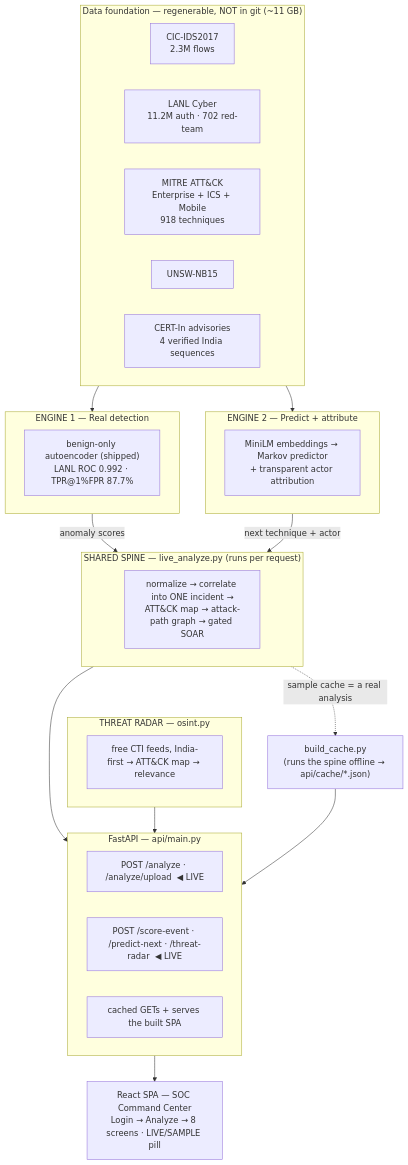
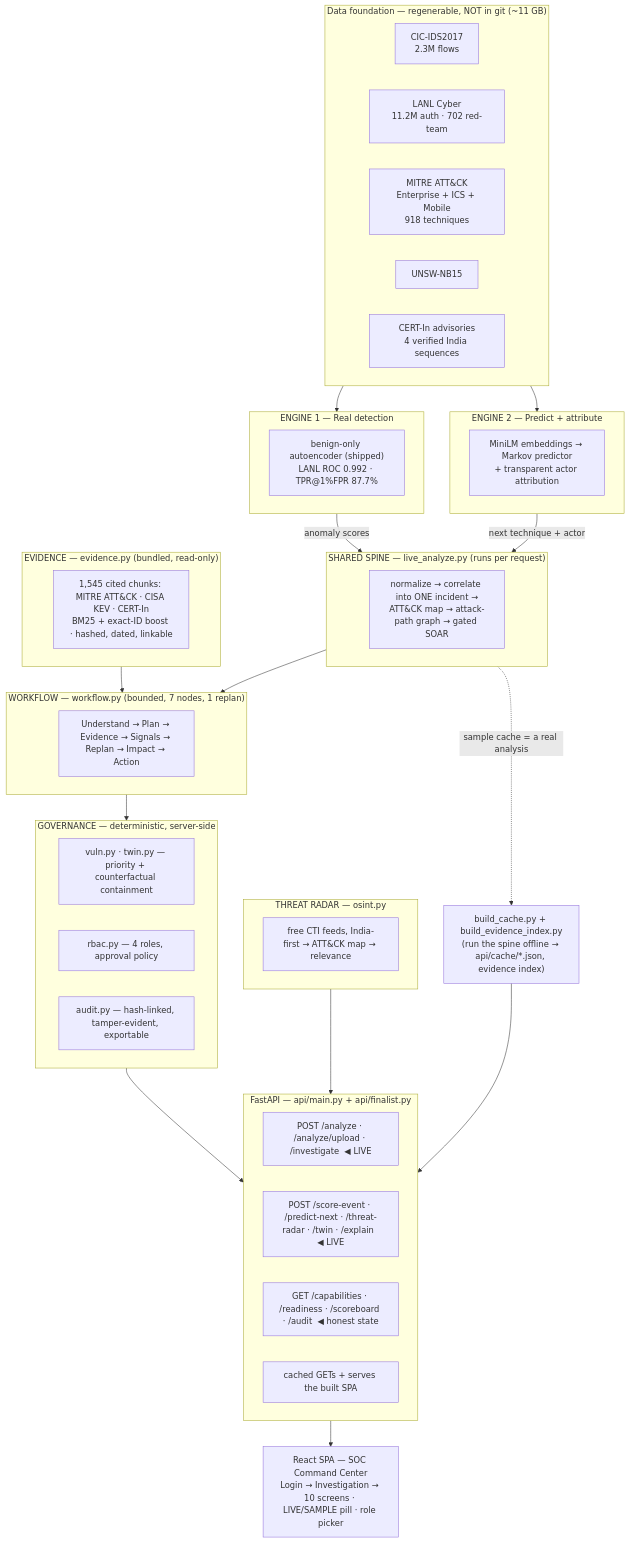
One commit to RishiiGamer2201/resilience-graph-ai changed the diagram in README.md. Above: the diagram before and after it, drawn with Mermaid. The commit also changed other lines of this file and 21 other files, not shown here.

````diff
--- a/README.md
+++ b/README.md
@@ -75,44 +80,62 @@
 ```mermaid
 flowchart TB
   subgraph DATA["Data foundation — regenerable, NOT in git (~11 GB)"]
     CIC["CIC-IDS2017<br/>2.3M flows"]
     LANL["LANL Cyber<br/>11.2M auth · 702 red-team"]
     ATTACK["MITRE ATT&CK<br/>Enterprise + ICS + Mobile<br/>918 techniques"]
     UNSW["UNSW-NB15"]
     CERTIN["CERT-In advisories<br/>4 verified India sequences"]
   end
 
   subgraph E1["ENGINE 1 — Real detection"]
     IF["benign-only autoencoder (shipped)<br/>LANL ROC 0.992 · TPR@1%FPR 87.7%"]
   end
   subgraph E2["ENGINE 2 — Predict + attribute"]
     PRED["MiniLM embeddings → Markov predictor<br/>+ transparent actor attribution"]
   end
 
   DATA --> E1
   DATA --> E2
 
   subgraph SPINE["SHARED SPINE — live_analyze.py (runs per request)"]
     S["normalize → correlate into ONE incident →<br/>ATT&CK map → attack-path graph → gated SOAR"]
   end
   E1 -- "anomaly scores" --> SPINE
   E2 -- "next technique + actor" --> SPINE
 
   subgraph RADAR["THREAT RADAR — osint.py"]
     FEEDS["free CTI feeds, India-first → ATT&CK map → relevance"]
   end
 
-  SPINE --> API
+  subgraph EV["EVIDENCE — evidence.py (bundled, read-only)"]
+    IDX["1,545 cited chunks: MITRE ATT&CK · CISA KEV · CERT-In<br/>BM25 + exact-ID boost · hashed, dated, linkable"]
+  end
+
+  subgraph GOV["GOVERNANCE — deterministic, server-side"]
+    G1["vuln.py · twin.py — priority + counterfactual containment"]
+    G2["rbac.py — 4 roles, approval policy"]
+    G3["audit.py — hash-linked, tamper-evident, exportable"]
+  end
+
+  subgraph WF["WORKFLOW — workflow.py (bounded, 7 nodes, 1 replan)"]
+    W["Understand → Plan → Evidence → Signals → Replan → Impact → Action"]
+  end
+
+  SPINE --> WF
+  EV --> WF
+  WF --> GOV
   RADAR --> API
-  BUILD["build_cache.py<br/>(runs the spine offline → api/cache/*.json)"]
+  GOV --> API
+  BUILD["build_cache.py + build_evidence_index.py<br/>(run the spine offline → api/cache/*.json, evidence index)"]
   SPINE -. "sample cache = a real analysis" .-> BUILD
   BUILD --> API
 
-  subgraph API["FastAPI — api/main.py"]
-    A1["POST /analyze · /analyze/upload  ◀ LIVE"]
-    A2["POST /score-event · /predict-next · /threat-radar  ◀ LIVE"]
+  subgraph API["FastAPI — api/main.py + api/finalist.py"]
+    A1["POST /analyze · /analyze/upload · /investigate  ◀ LIVE"]
+    A2["POST /score-event · /predict-next · /threat-radar · /twin · /explain  ◀ LIVE"]
+    A3["GET /capabilities · /readiness · /scoreboard · /audit  ◀ honest state"]
     A4["cached GETs + serves the built SPA"]
   end
 
-  API --> SPA["React SPA — SOC Command Center<br/>Login → Analyze → 8 screens · LIVE/SAMPLE pill"]
+  API --> SPA["React SPA — SOC Command Center<br/>Login → Investigation → 10 screens · LIVE/SAMPLE pill · role picker"]
 ```
````
